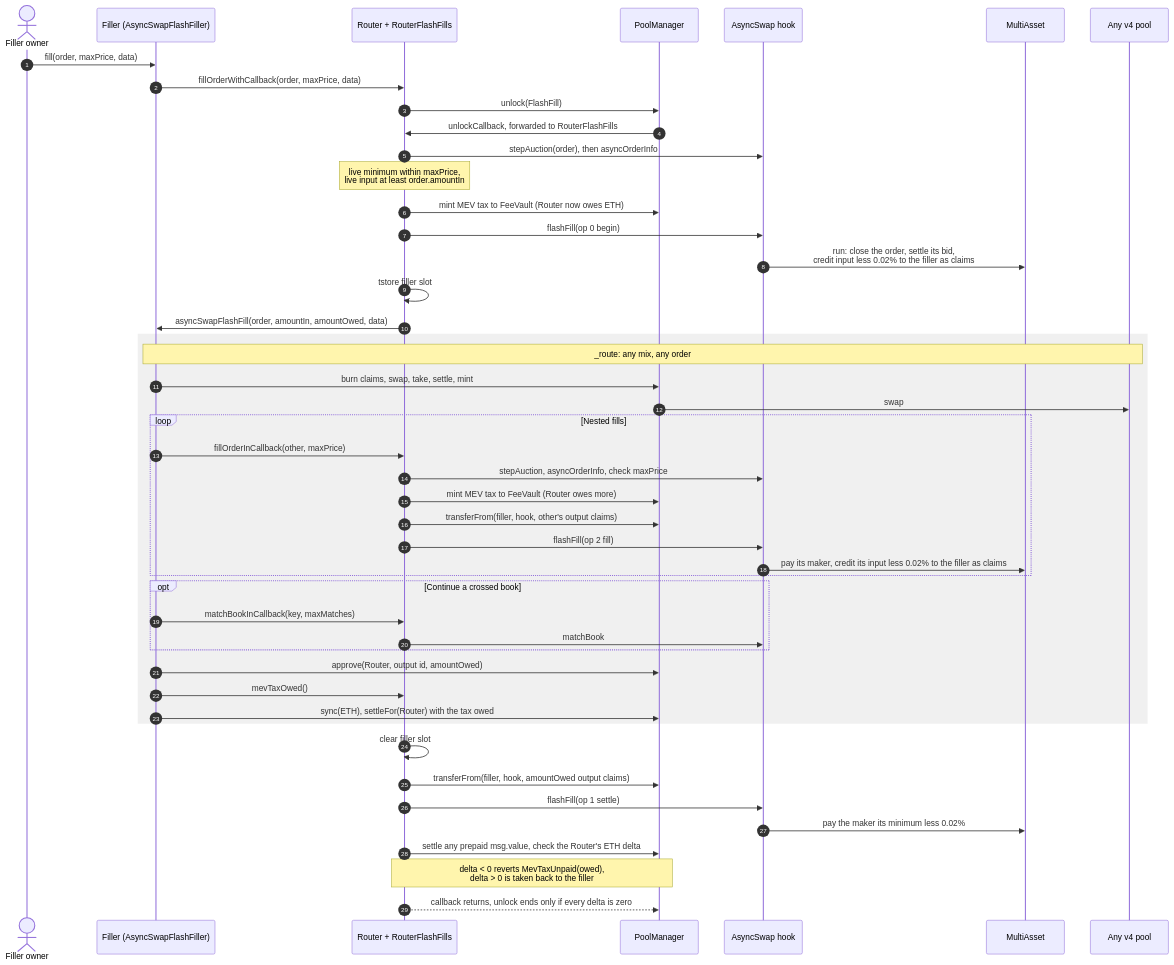
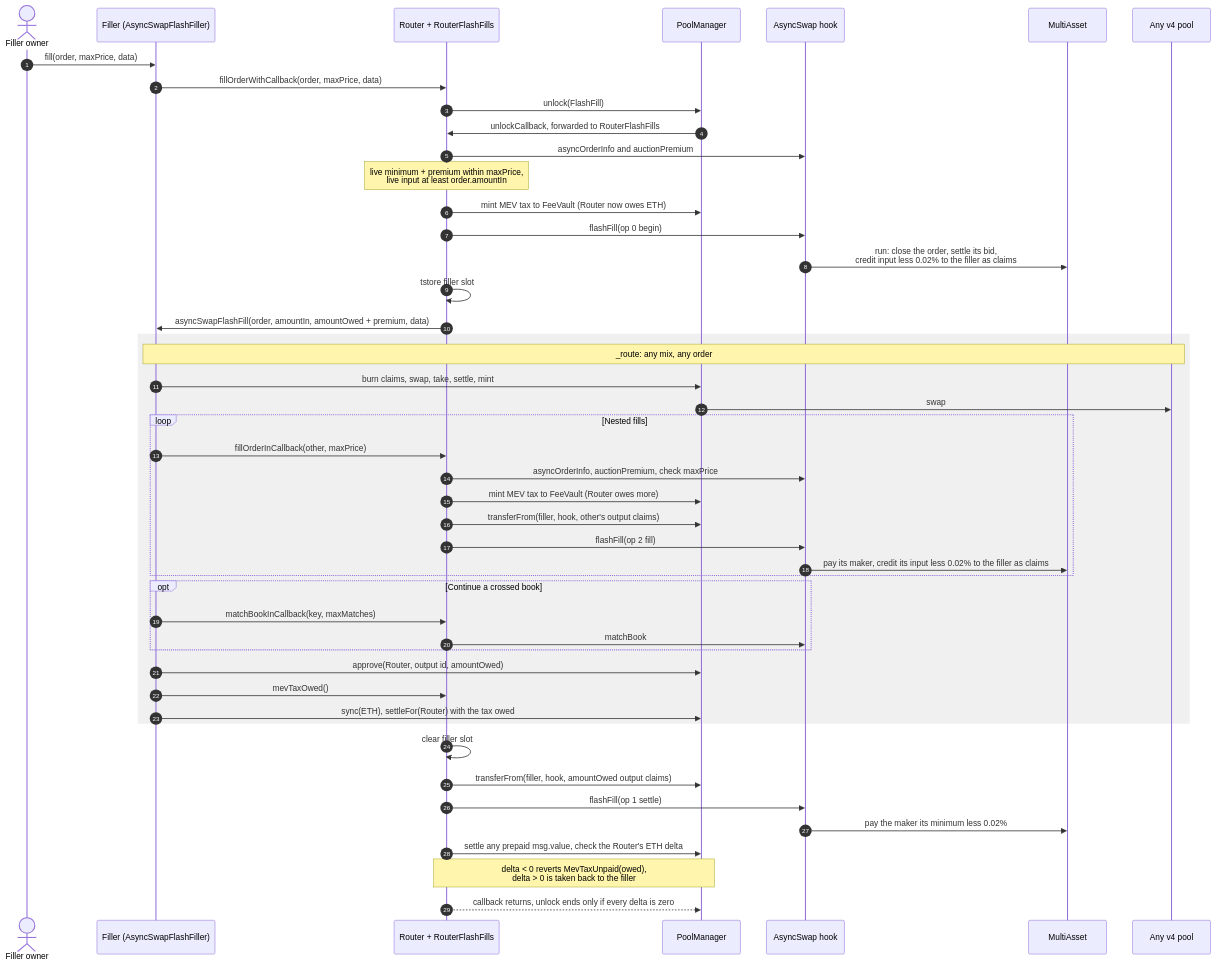
One commit to asyncswap/contracts changed the first of 3 diagrams in assets/md/protocol/flash-fills.md. Above: the diagram before and after it, drawn with Mermaid. The commit also changed other lines of this file and 323 other files, not shown here.

````diff
--- a/assets/md/protocol/flash-fills.md
+++ b/assets/md/protocol/flash-fills.md
@@ -25,50 +25,50 @@
 ```mermaid
 sequenceDiagram
     autonumber
     actor Owner as Filler owner
     participant F as Filler (AsyncSwapFlashFiller)
     participant R as Router + RouterFlashFills
     participant PM as PoolManager
     participant H as AsyncSwap hook
     participant MA as MultiAsset
     participant V4 as Any v4 pool
 
     Owner->>F: fill(order, maxPrice, data)
     F->>R: fillOrderWithCallback(order, maxPrice, data)
     R->>PM: unlock(FlashFill)
     PM->>R: unlockCallback, forwarded to RouterFlashFills
-    R->>H: stepAuction(order), then asyncOrderInfo
-    Note over R: live minimum within maxPrice,<br/>live input at least order.amountIn
+    R->>H: asyncOrderInfo and auctionPremium
+    Note over R: live minimum + premium within maxPrice,<br/>live input at least order.amountIn
     R->>PM: mint MEV tax to FeeVault (Router now owes ETH)
     R->>H: flashFill(op 0 begin)
     H->>MA: run: close the order, settle its bid,<br/>credit input less 0.02% to the filler as claims
     R->>R: tstore filler slot
-    R->>F: asyncSwapFlashFill(order, amountIn, amountOwed, data)
+    R->>F: asyncSwapFlashFill(order, amountIn, amountOwed + premium, data)
     rect rgba(128, 128, 128, 0.12)
         Note over F,V4: _route: any mix, any order
         F->>PM: burn claims, swap, take, settle, mint
         PM->>V4: swap
         loop Nested fills
             F->>R: fillOrderInCallback(other, maxPrice)
-            R->>H: stepAuction, asyncOrderInfo, check maxPrice
+            R->>H: asyncOrderInfo, auctionPremium, check maxPrice
             R->>PM: mint MEV tax to FeeVault (Router owes more)
             R->>PM: transferFrom(filler, hook, other's output claims)
             R->>H: flashFill(op 2 fill)
             H->>MA: pay its maker, credit its input less 0.02% to the filler as claims
         end
         opt Continue a crossed book
             F->>R: matchBookInCallback(key, maxMatches)
             R->>H: matchBook
         end
         F->>PM: approve(Router, output id, amountOwed)
         F->>R: mevTaxOwed()
         F->>PM: sync(ETH), settleFor(Router) with the tax owed
     end
     R->>R: clear filler slot
     R->>PM: transferFrom(filler, hook, amountOwed output claims)
     R->>H: flashFill(op 1 settle)
     H->>MA: pay the maker its minimum less 0.02%
     R->>PM: settle any prepaid msg.value, check the Router's ETH delta
     Note over R,PM: delta < 0 reverts MevTaxUnpaid(owed),<br/>delta > 0 is taken back to the filler
     R-->>PM: callback returns, unlock ends only if every delta is zero
 ```
````
